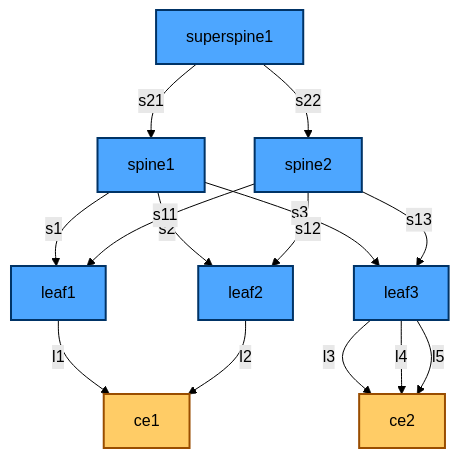
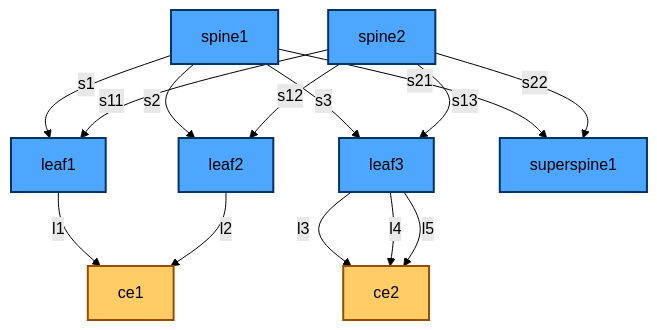
One commit to mbakalarski/evpn-labs changed the diagram in evpn_multihoming/mermaid-test-superspine-TD.md. Above: the diagram before and after it, drawn with Mermaid (forest theme). The commit also changed 1 other file, not shown here.

Commit message:
next commit

````diff
--- a/evpn_multihoming/mermaid-test-superspine-TD.md
+++ b/evpn_multihoming/mermaid-test-superspine-TD.md
@@ -1,31 +1,31 @@
 ```mermaid
 graph TD
     %% Auto-generated network topology diagram (networks as edge labels)
 
-    superspine1 -->|s21| spine1
-    superspine1 -->|s22| spine2
     spine1 -->|s1| leaf1
     spine1 -->|s2| leaf2
     spine1 -->|s3| leaf3
+    spine1 -->|s21| superspine1
     spine2 -->|s11| leaf1
     spine2 -->|s12| leaf2
     spine2 -->|s13| leaf3
+    spine2 -->|s22| superspine1
     leaf1 -->|l1| ce1
     leaf2 -->|l2| ce1
     leaf3 -->|l3| ce2
     leaf3 -->|l4| ce2
     leaf3 -->|l5| ce2
 
     %% Node styles
     classDef srlinux fill:#4da6ff,stroke:#003366,stroke-width:2px,color:#000000;
     classDef linux fill:#66ff66,stroke:#006600,stroke-width:2px,color:#000000;
     classDef ce fill:#ffcc66,stroke:#994d00,stroke-width:2px,color:#000000;
-    class superspine1 srlinux;
     class spine1 srlinux;
     class spine2 srlinux;
     class leaf1 srlinux;
     class leaf2 srlinux;
     class leaf3 srlinux;
     class ce1 ce;
     class ce2 ce;
+    class superspine1 srlinux;
 ```
````
